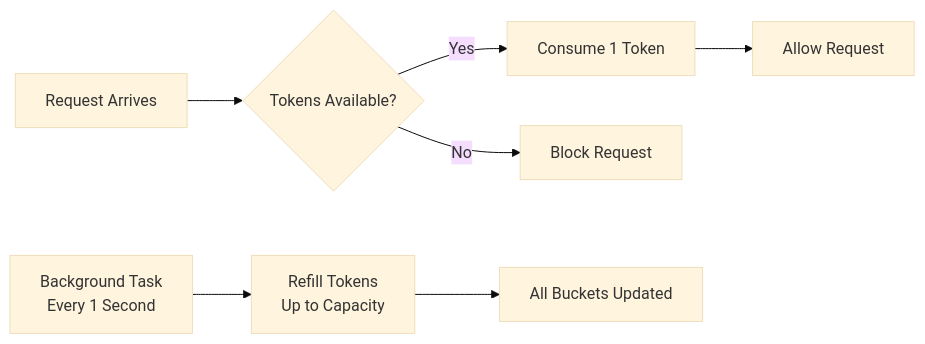
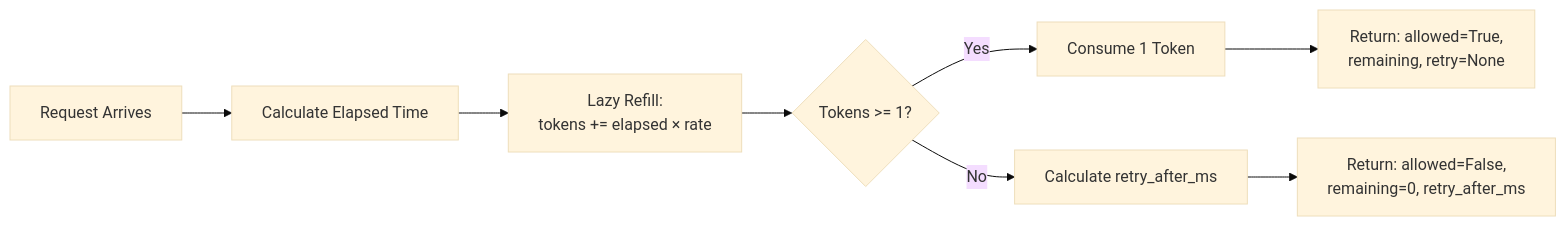
One commit to Eakanath1/Problems-Practice changed the third of 4 diagrams in rate-limiter/README.md. Above: the diagram before and after it, drawn with Mermaid (base theme). The commit also changed other lines of this file and 2 other files, not shown here.

Commit message:
update(rate-limiter): implement lazy refill and comprehensive decision responses

````diff
--- a/rate-limiter/README.md
+++ b/rate-limiter/README.md
@@ -208,10 +255,10 @@
 ```mermaid
 graph LR
-    A[Request Arrives] --> B{Tokens Available?}
-    B -->|Yes| C[Consume 1 Token]
-    B -->|No| D[Block Request]
-    C --> E[Allow Request]
-    
-    F[Background Task<br/>Every 1 Second] --> G[Refill Tokens<br/>Up to Capacity]
-    G --> H[All Buckets Updated]
+    A[Request Arrives] --> B[Calculate Elapsed Time]
+    B --> C[Lazy Refill:<br/>tokens += elapsed × rate]
+    C --> D{Tokens >= 1?}
+    D -->|Yes| E[Consume 1 Token]
+    D -->|No| F[Calculate retry_after_ms]
+    E --> G[Return: allowed=True,<br/>remaining, retry=None]
+    F --> H[Return: allowed=False,<br/>remaining=0, retry_after_ms]
 ```
````
